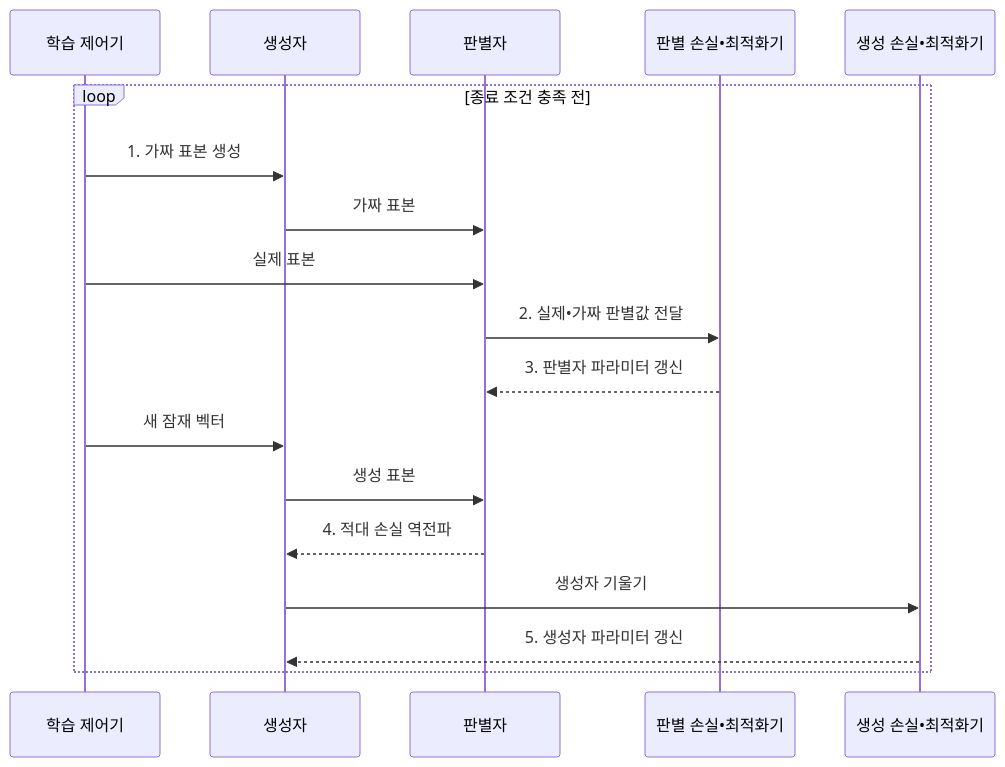
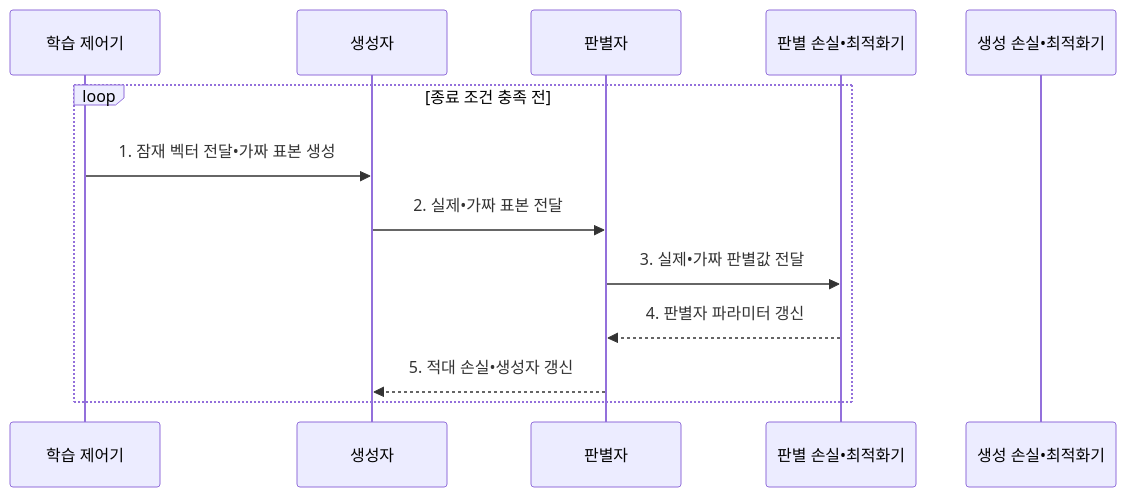
Before and after one commit to agnusdei1207/knowledge-base: the second of 2 diagrams in src/content/docs/notes/01-basic-theory/046_gan.md, drawn with Mermaid. The commit also changed other lines of this file and 19 other files, not shown here.

````diff
--- a/src/content/docs/notes/01-basic-theory/046_gan.md
+++ b/src/content/docs/notes/01-basic-theory/046_gan.md
@@ -88,20 +88,15 @@
 ```mermaid
 sequenceDiagram
     participant T as 학습 제어기
     participant G as 생성자
     participant D as 판별자
     participant OD as 판별 손실•최적화기
     participant OG as 생성 손실•최적화기
     loop 종료 조건 충족 전
-        T->>G: 1. 가짜 표본 생성
-        G->>D: 가짜 표본
-        T->>D: 실제 표본
-        D->>OD: 2. 실제•가짜 판별값 전달
-        OD-->>D: 3. 판별자 파라미터 갱신
-        T->>G: 새 잠재 벡터
-        G->>D: 생성 표본
-        D-->>G: 4. 적대 손실 역전파
-        G->>OG: 생성자 기울기
-        OG-->>G: 5. 생성자 파라미터 갱신
+        T->>G: 1. 잠재 벡터 전달•가짜 표본 생성
+        G->>D: 2. 실제•가짜 표본 전달
+        D->>OD: 3. 실제•가짜 판별값 전달
+        OD-->>D: 4. 판별자 파라미터 갱신
+        D-->>G: 5. 적대 손실•생성자 갱신
     end
 ```
````
